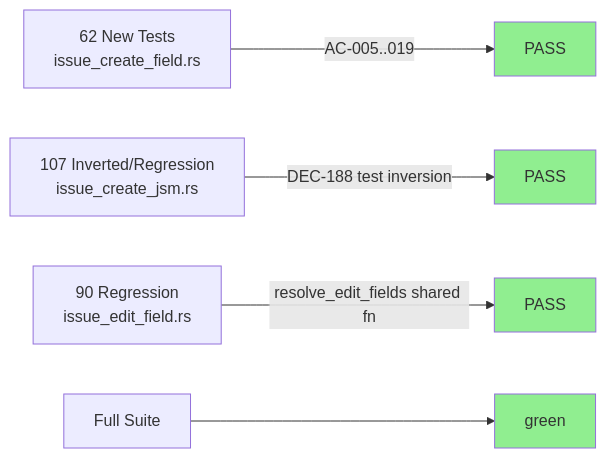
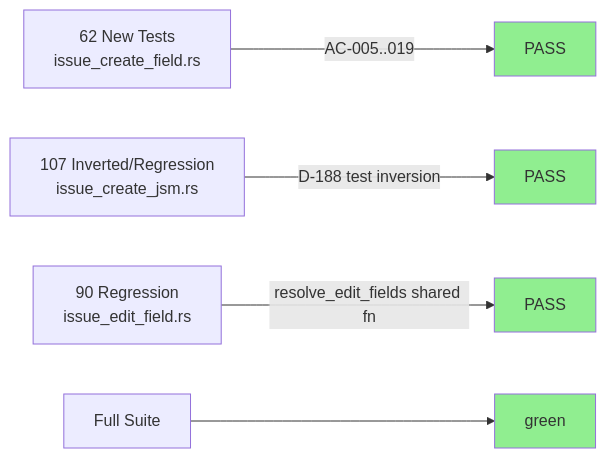
The fourth of 5 diagrams in code-delivery/S-578-4/pr-description.md (ArcavenAE/jira-cli), drawn with Mermaid before and after one commit. The commit also changed other lines of this file and 531 other files, not shown here.

````diff
--- a/code-delivery/S-578-4/pr-description.md
+++ b/code-delivery/S-578-4/pr-description.md
@@ -128,17 +128,17 @@
 ```mermaid
 graph LR
     New["62 New Tests<br/>issue_create_field.rs"]
     Inverted["107 Inverted/Regression<br/>issue_create_jsm.rs"]
     Shared["90 Regression<br/>issue_edit_field.rs"]
     Full["Full Suite"]
 
     New -->|AC-005..019| Pass1["PASS"]
-    Inverted -->|DEC-188 test inversion| Pass2["PASS"]
+    Inverted -->|D-188 test inversion| Pass2["PASS"]
     Shared -->|resolve_edit_fields shared fn| Pass3["PASS"]
     Full --> Pass4["green"]
 
     style Pass1 fill:#90EE90
     style Pass2 fill:#90EE90
     style Pass3 fill:#90EE90
     style Pass4 fill:#90EE90
 ```
````
